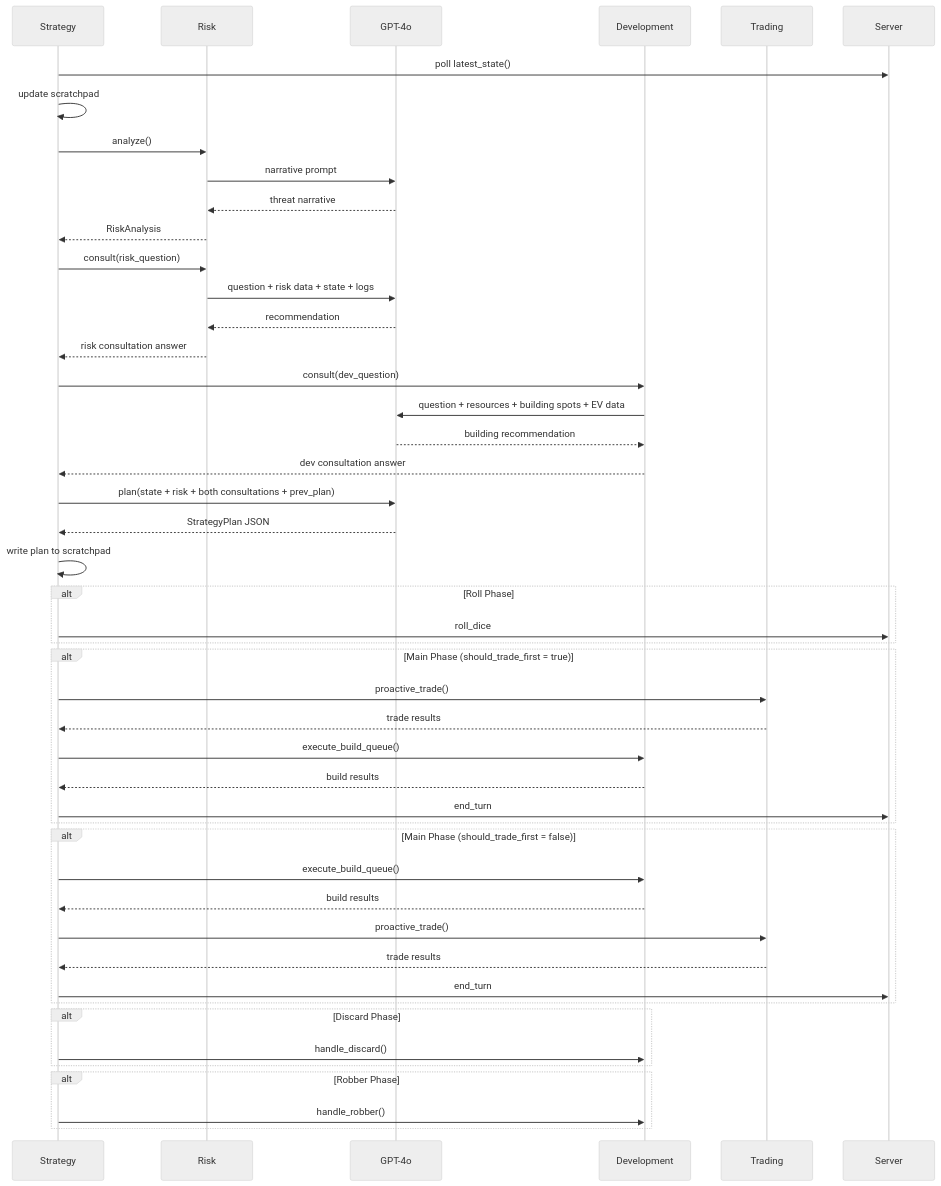
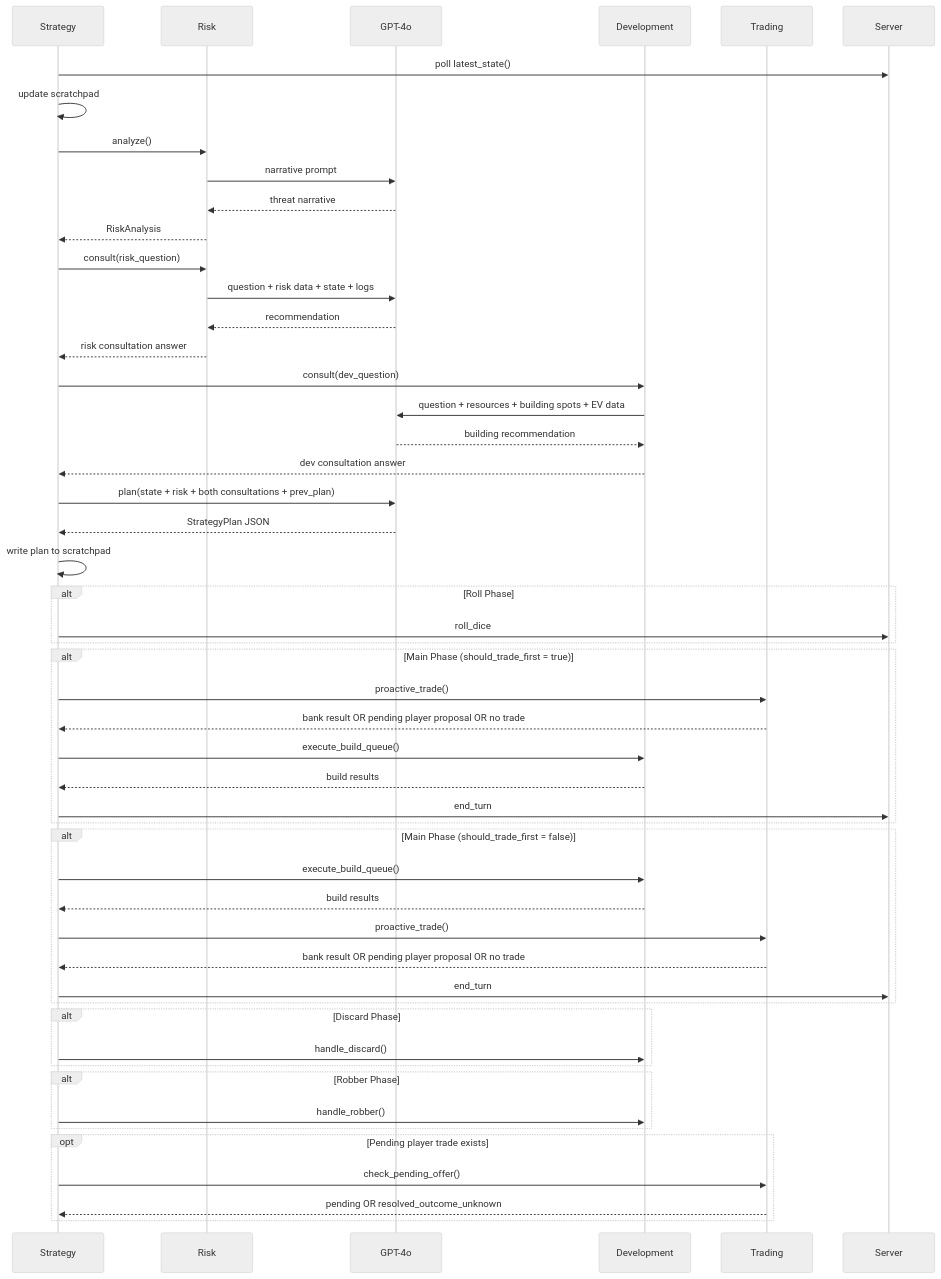
Before and after one commit to DhrvM/CatanAgent: the second of 3 diagrams in Agents.md, drawn with Mermaid (neutral theme). The commit also changed other lines of this file and 11 other files, not shown here.

````diff
--- a/Agents.md
+++ b/Agents.md
@@ -267,51 +268,55 @@
 ```mermaid
 sequenceDiagram
     participant S as Strategy
     participant R as Risk
     participant G as GPT-4o
     participant D as Development
     participant T as Trading
     participant Srv as Server
 
     S->>Srv: poll latest_state()
     S->>S: update scratchpad
     S->>R: analyze()
     R->>G: narrative prompt
     G-->>R: threat narrative
     R-->>S: RiskAnalysis
     S->>R: consult(risk_question)
     R->>G: question + risk data + state + logs
     G-->>R: recommendation
     R-->>S: risk consultation answer
     S->>D: consult(dev_question)
     D->>G: question + resources + building spots + EV data
     G-->>D: building recommendation
     D-->>S: dev consultation answer
     S->>G: plan(state + risk + both consultations + prev_plan)
     G-->>S: StrategyPlan JSON
     S->>S: write plan to scratchpad
     
     alt Roll Phase
         S->>Srv: roll_dice
     end
     alt Main Phase (should_trade_first = true)
         S->>T: proactive_trade()
-        T-->>S: trade results
+        T-->>S: bank result OR pending player proposal OR no trade
         S->>D: execute_build_queue()
         D-->>S: build results
         S->>Srv: end_turn
     end
     alt Main Phase (should_trade_first = false)
         S->>D: execute_build_queue()
         D-->>S: build results
         S->>T: proactive_trade()
-        T-->>S: trade results
+        T-->>S: bank result OR pending player proposal OR no trade
         S->>Srv: end_turn
     end
     alt Discard Phase
         S->>D: handle_discard()
     end
     alt Robber Phase
         S->>D: handle_robber()
     end
+    opt Pending player trade exists
+        S->>T: check_pending_offer()
+        T-->>S: pending OR resolved_outcome_unknown
+    end
 ```
````
